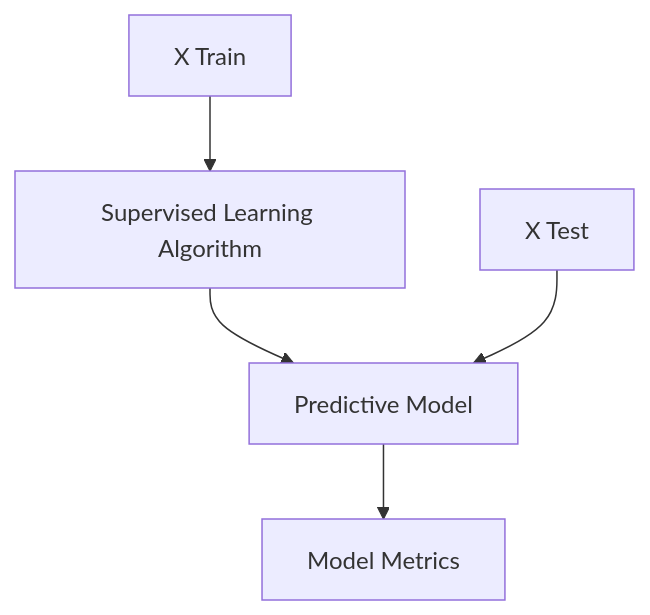
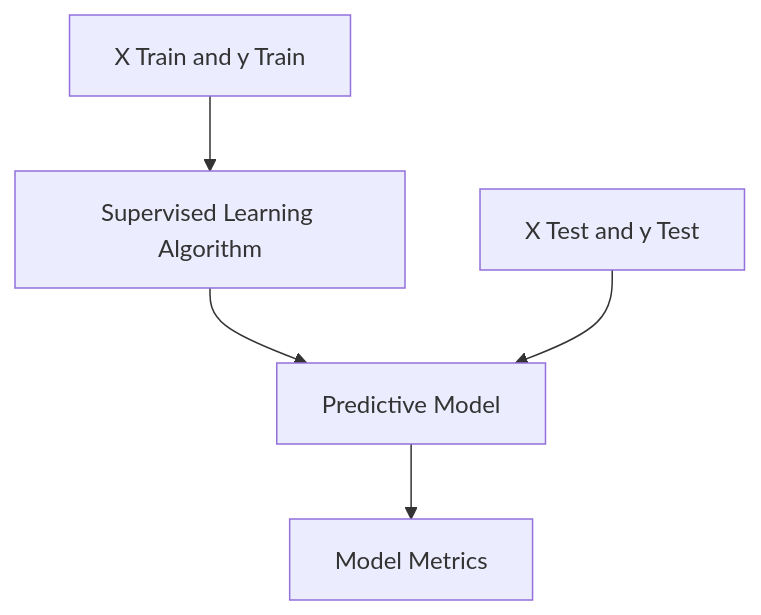
Before and after one commit to olinml2024/olinml2024.github.io: the diagram in activities/day02.markdown, drawn with Mermaid. The commit also changed other lines of this file, not shown here.

````diff
--- a/activities/day02.markdown
+++ b/activities/day02.markdown
@@ -45,12 +45,12 @@
 ```mermaid!
 graph TB;
-    id1[X Train];
+    id1[X Train and y Train];
     id2[Supervised Learning Algorithm];
     id3[Predictive Model];
-    id4[X Test]
+    id4[X Test and y Test]
     id5[Model Metrics]
     id1 --> id2;
     id2 --> id3;
     id4 --> id3;
     id3 --> id5;
 ```
````
